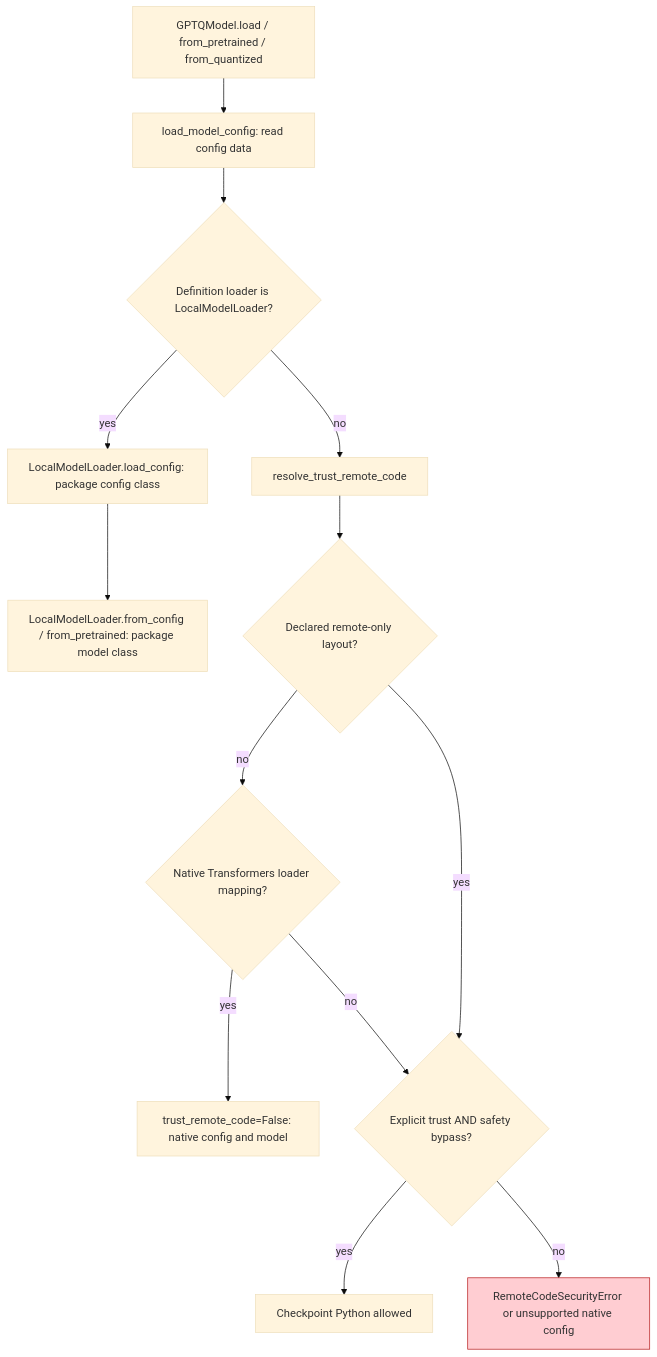
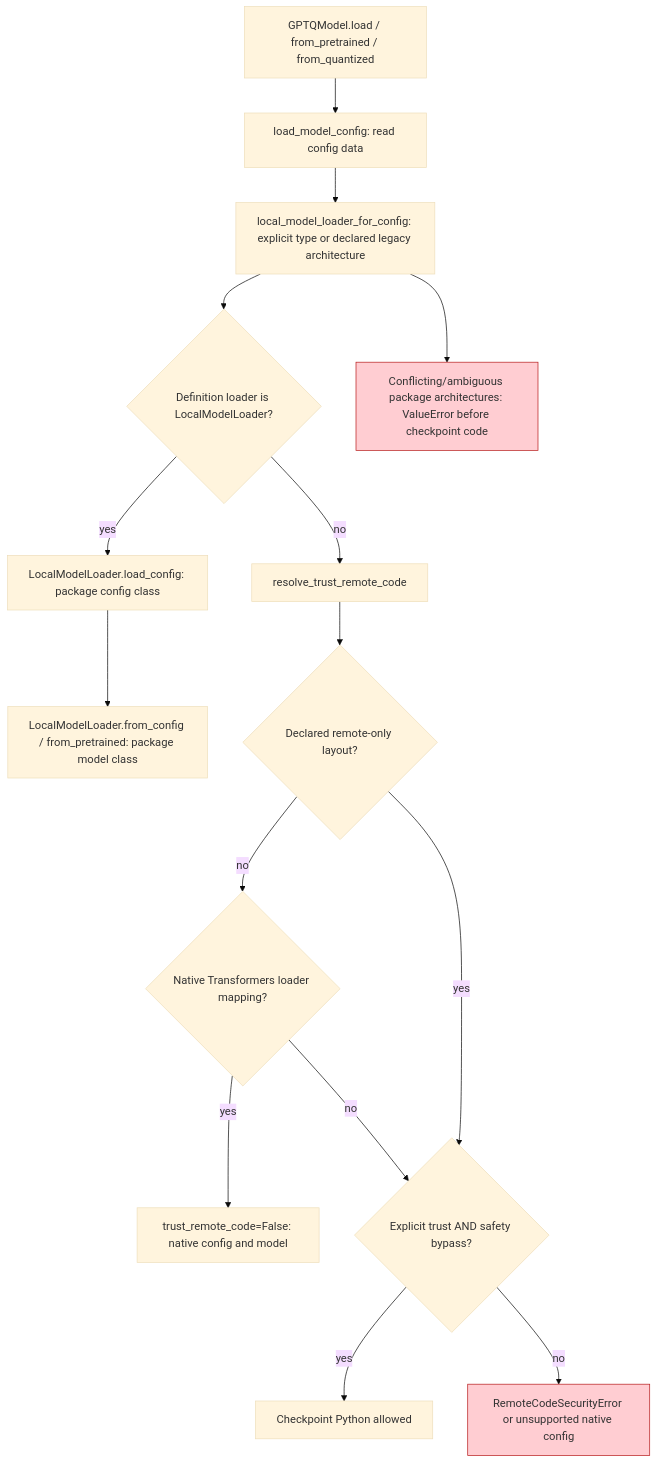
The first of 5 diagrams in docs/trust-remote-code-isolation.md (ModelCloud/GPTQModel), drawn with Mermaid (base theme) before and after one commit. The commit also changed other lines of this file and 3 other files, not shown here.

Commit message:
Resolve legacy missing model types from declared local architectures

````diff
--- a/docs/trust-remote-code-isolation.md
+++ b/docs/trust-remote-code-isolation.md
@@ -16,16 +16,19 @@
 ```mermaid
 flowchart TD
     A["GPTQModel.load / from_pretrained / from_quantized"] --> B["load_model_config: read config data"]
-    B --> C{"Definition loader is LocalModelLoader?"}
+    B --> Q["local_model_loader_for_config: explicit type or declared legacy architecture"]
+    Q --> C{"Definition loader is LocalModelLoader?"}
+    Q --> M["Conflicting/ambiguous package architectures: ValueError before checkpoint code"]
     C -- yes --> D["LocalModelLoader.load_config: package config class"]
     D --> E["LocalModelLoader.from_config / from_pretrained: package model class"]
     C -- no --> F["resolve_trust_remote_code"]
     F --> G{"Declared remote-only layout?"}
     G -- no --> H{"Native Transformers loader mapping?"}
     H -- yes --> I["trust_remote_code=False: native config and model"]
     H -- no --> J{"Explicit trust AND safety bypass?"}
     G -- yes --> J
     J -- yes --> K["Checkpoint Python allowed"]
     J -- no --> L["RemoteCodeSecurityError or unsupported native config"]
     style L fill:#ffcdd2,stroke:#b71c1c
+    style M fill:#ffcdd2,stroke:#b71c1c
 ```
````
